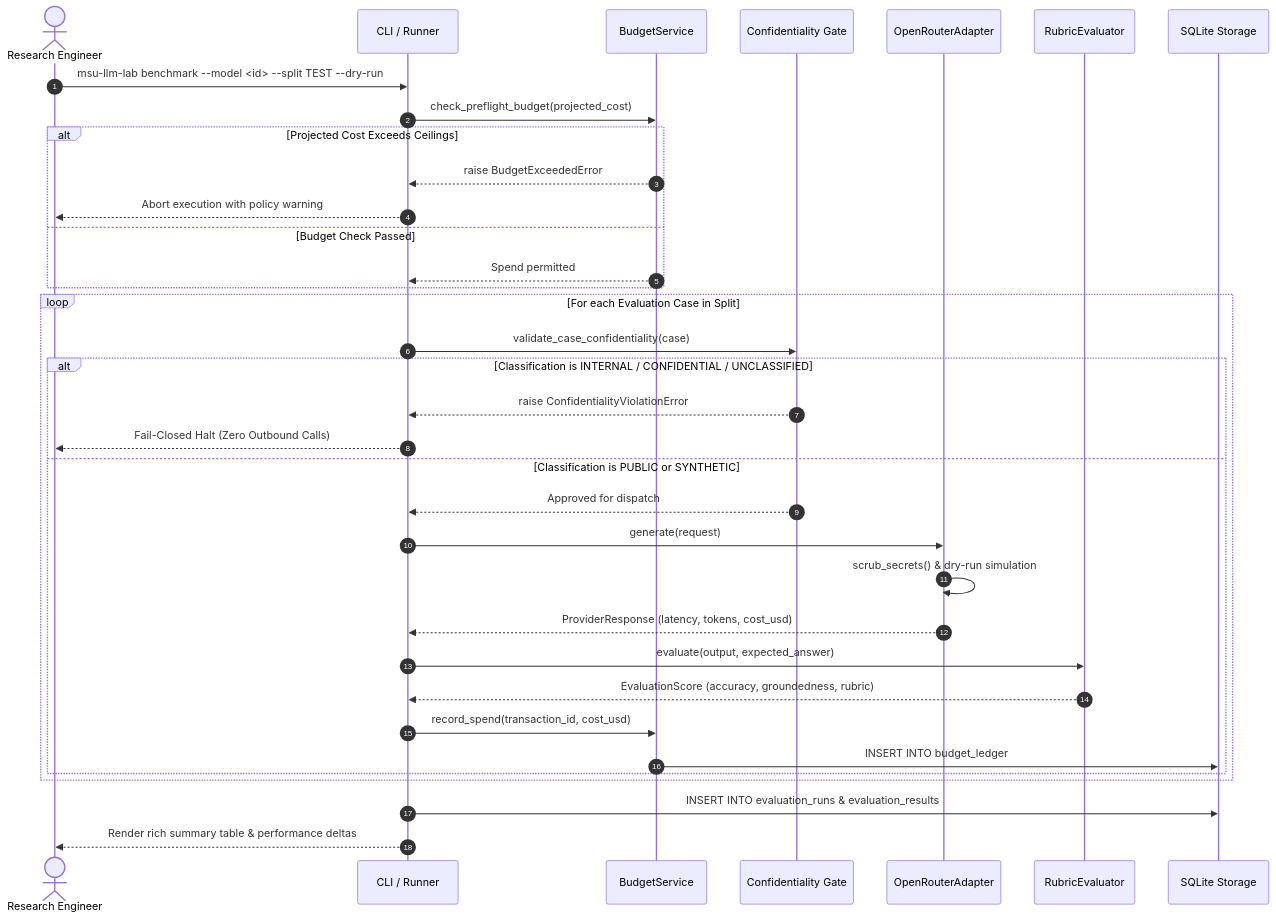
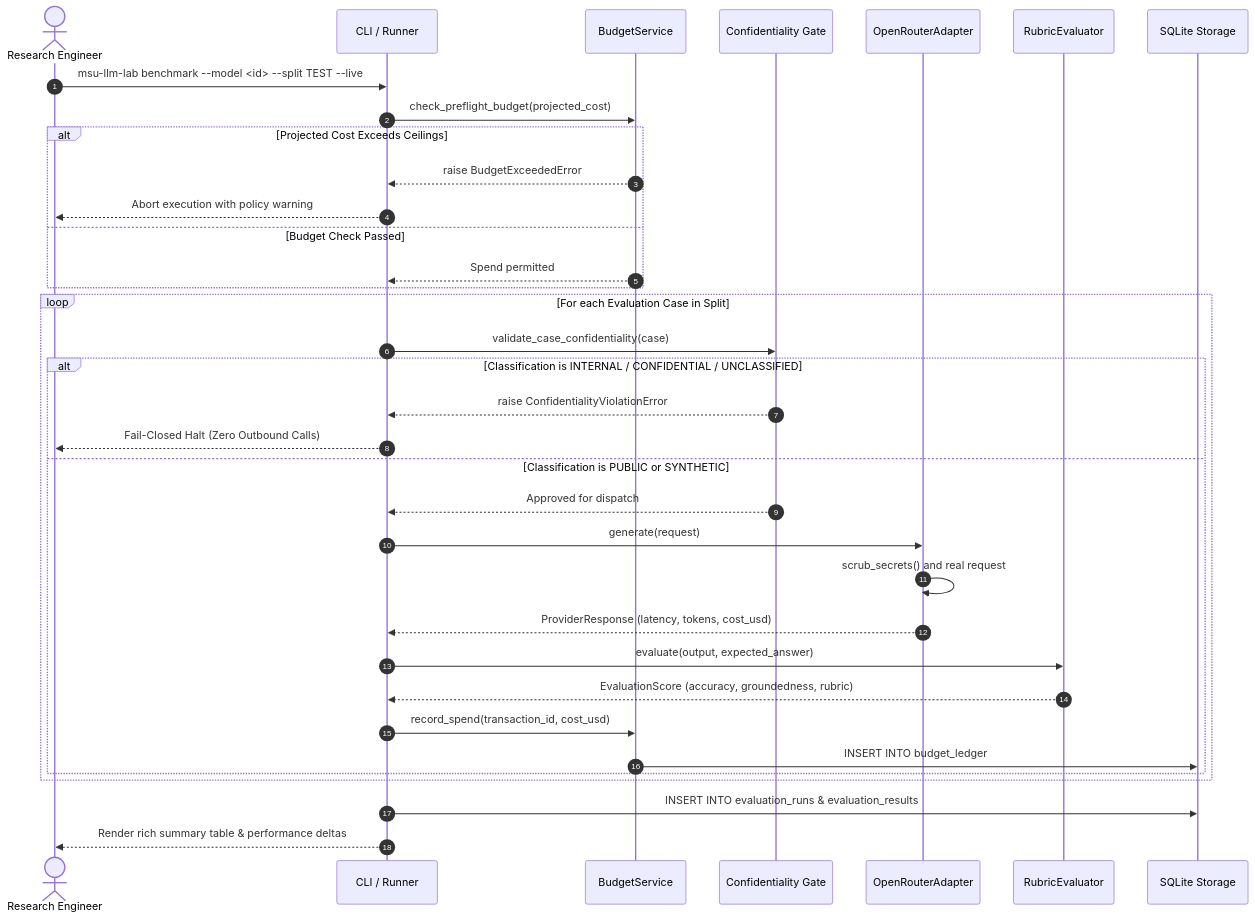
The second of 3 diagrams in docs/CURRENT_ARCHITECTURE.md (Sudharsanselvaraj/Model-Systems-Workbench), drawn with Mermaid before and after one commit. The commit also changed other lines of this file, not shown here.

Commit message:
docs: remove simulation components from the architecture

````diff
--- a/docs/CURRENT_ARCHITECTURE.md
+++ b/docs/CURRENT_ARCHITECTURE.md
@@ -118,40 +105,40 @@
 ```mermaid
 sequenceDiagram
     autonumber
     actor Engineer as Research Engineer
     participant CLI as CLI / Runner
     participant Budget as BudgetService
     participant Gate as Confidentiality Gate
     participant Provider as OpenRouterAdapter
     participant Evaluator as RubricEvaluator
     participant DB as SQLite Storage
 
-    Engineer->>CLI: msu-llm-lab benchmark --model <id> --split TEST --dry-run
+    Engineer->>CLI: msu-llm-lab benchmark --model <id> --split TEST --live
     CLI->>Budget: check_preflight_budget(projected_cost)
     alt Projected Cost Exceeds Ceilings
         Budget-->>CLI: raise BudgetExceededError
         CLI-->>Engineer: Abort execution with policy warning
     else Budget Check Passed
         Budget-->>CLI: Spend permitted
     end
 
     loop For each Evaluation Case in Split
         CLI->>Gate: validate_case_confidentiality(case)
         alt Classification is INTERNAL / CONFIDENTIAL / UNCLASSIFIED
             Gate-->>CLI: raise ConfidentialityViolationError
             CLI-->>Engineer: Fail-Closed Halt (Zero Outbound Calls)
         else Classification is PUBLIC or SYNTHETIC
             Gate-->>CLI: Approved for dispatch
             CLI->>Provider: generate(request)
-            Provider->>Provider: scrub_secrets() & dry-run simulation
+            Provider->>Provider: scrub_secrets() and real request
             Provider-->>CLI: ProviderResponse (latency, tokens, cost_usd)
             CLI->>Evaluator: evaluate(output, expected_answer)
             Evaluator-->>CLI: EvaluationScore (accuracy, groundedness, rubric)
             CLI->>Budget: record_spend(transaction_id, cost_usd)
             Budget->>DB: INSERT INTO budget_ledger
         end
     end
 
     CLI->>DB: INSERT INTO evaluation_runs & evaluation_results
     CLI-->>Engineer: Render rich summary table & performance deltas
 ```
````
